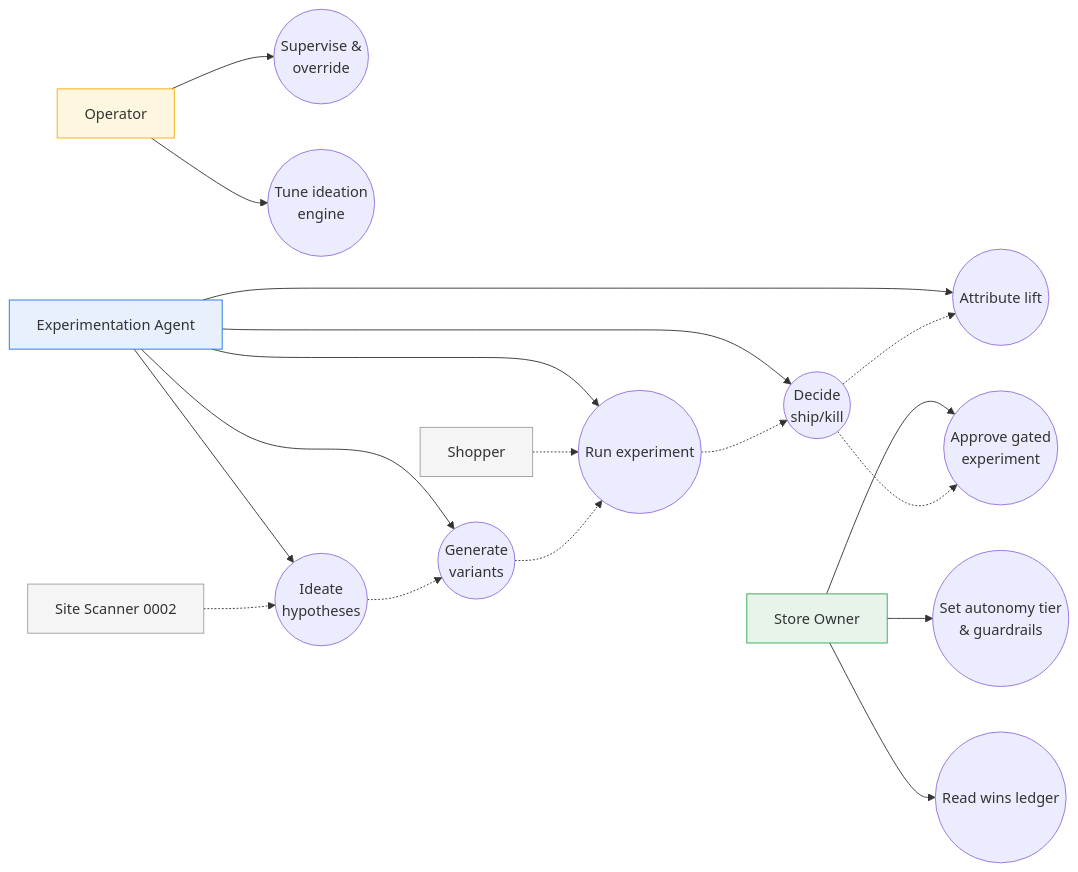
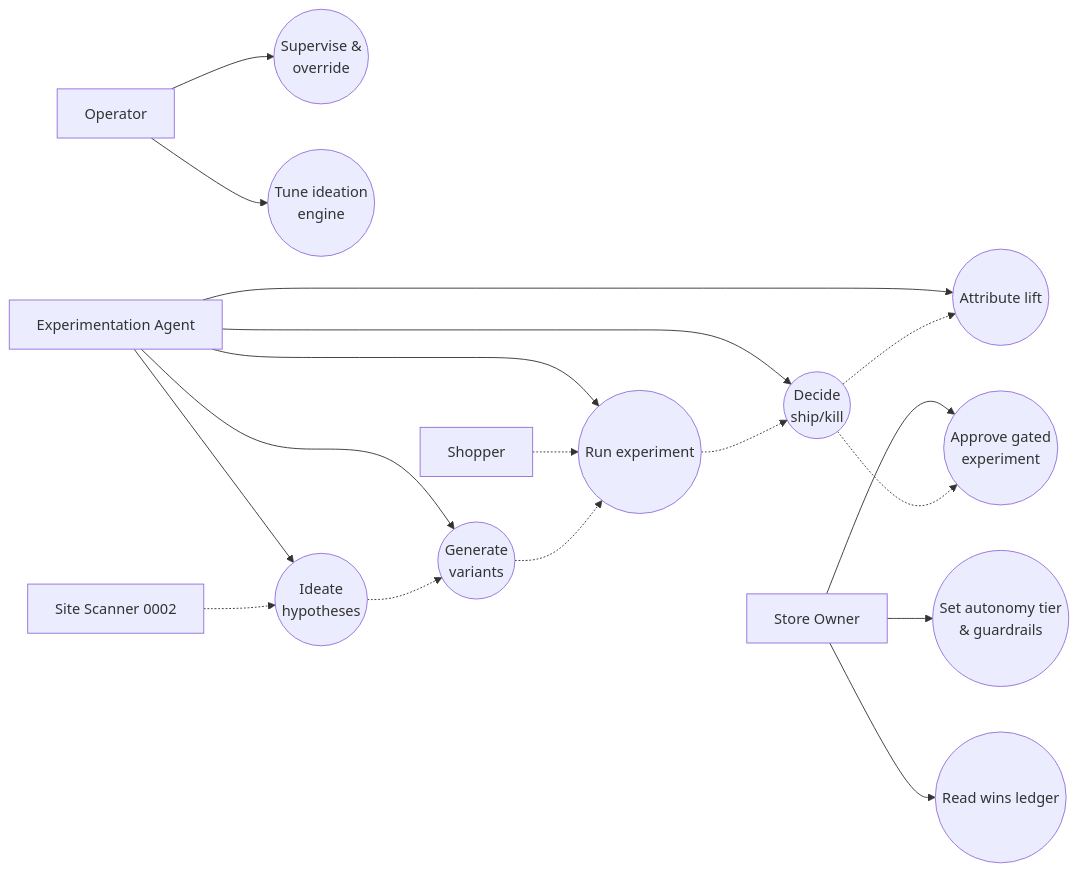
Before and after one commit to omars-lab/omars-lab.github.io: diagram 14 of 15 in bytesofpurpose-blog/designs/2026-06-22-self-healing-storefront.mdx, drawn with Mermaid. The commit also changed other lines of this file and 6 other files, not shown here.

First line of the commit message:
feat(designs): on-brand mermaid theme + dark-mode-adaptive diagrams

````diff
--- a/bytesofpurpose-blog/designs/2026-06-22-self-healing-storefront.mdx
+++ b/bytesofpurpose-blog/designs/2026-06-22-self-healing-storefront.mdx
@@ -867,32 +833,27 @@
 ```mermaid
 graph LR
     OWNER[Store Owner]
     OP[Operator]
     AGENT[Experimentation Agent]
     SCANNER[Site Scanner 0002]
     SHOPPER[Shopper]
 
     OWNER --> UC1((Set autonomy tier\n& guardrails))
     OWNER --> UC2((Approve gated\nexperiment))
     OWNER --> UC3((Read wins ledger))
     OP --> UC4((Supervise &\noverride))
     OP --> UC5((Tune ideation\nengine))
     AGENT --> UC6((Ideate\nhypotheses))
     AGENT --> UC7((Generate\nvariants))
     AGENT --> UC8((Run experiment))
     AGENT --> UC9((Decide\nship/kill))
     AGENT --> UC10((Attribute lift))
     SCANNER -.-> UC6
     SHOPPER -.-> UC8
     UC6 -.-> UC7
     UC7 -.-> UC8
     UC8 -.-> UC9
     UC9 -.-> UC10
     UC9 -.-> UC2
 
-    style OWNER fill:#e6f4ea,stroke:#34a853
-    style OP fill:#fef7e0,stroke:#f9ab00
-    style AGENT fill:#e8f0fe,stroke:#1a73e8
-    style SCANNER fill:#f5f5f5,stroke:#9e9e9e
-    style SHOPPER fill:#f5f5f5,stroke:#9e9e9e
 ```
````
